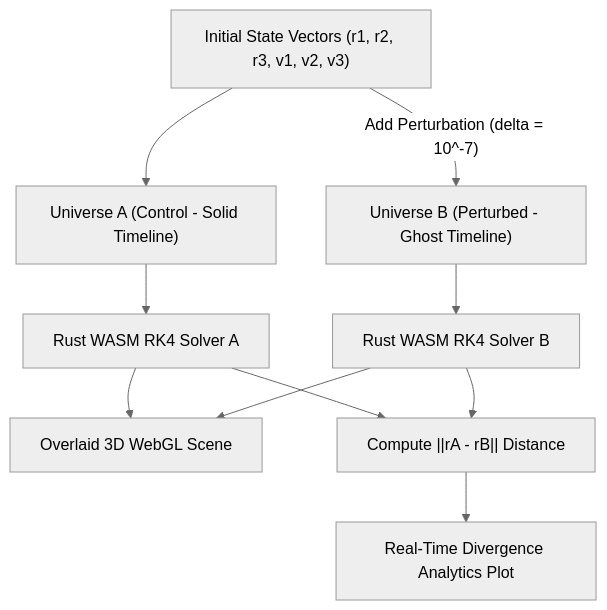
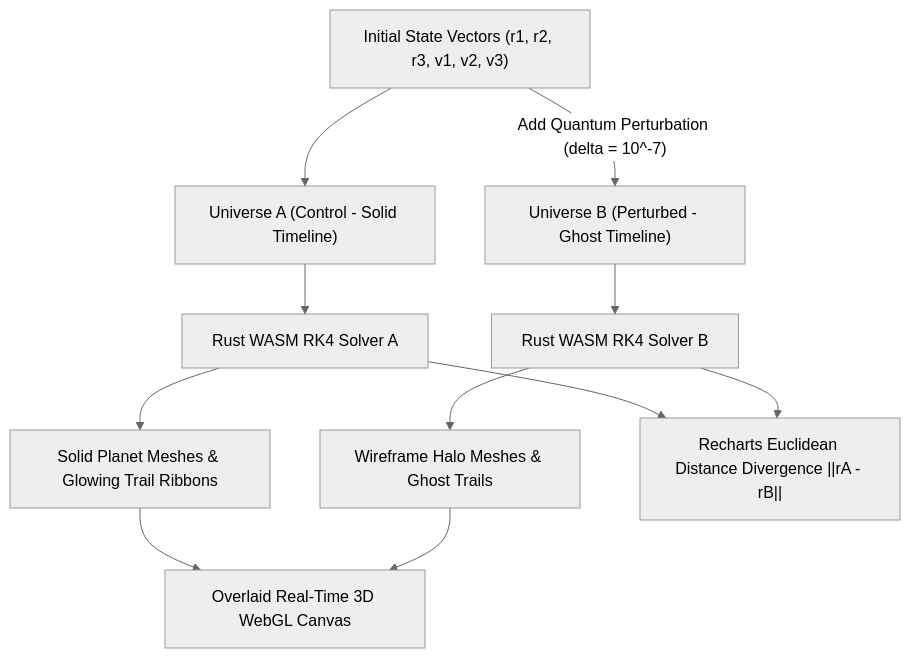
The second of 3 diagrams in README.md (Pranjalya/AstraChaos-3D), drawn with Mermaid (neutral theme) before and after one commit. The commit also changed other lines of this file, not shown here.

Commit message:
docs: update README with technical architecture, ML inverse optimization formulas, and MCP tool suite

````diff
--- a/README.md
+++ b/README.md
@@ -256,12 +168,16 @@
 ```mermaid
 graph TD
     IC["Initial State Vectors (r1, r2, r3, v1, v2, v3)"] --> UA["Universe A (Control - Solid Timeline)"]
-    IC -->|"Add Perturbation (delta = 10^-7)"| UB["Universe B (Perturbed - Ghost Timeline)"]
+    IC -->|"Add Quantum Perturbation (delta = 10^-7)"| UB["Universe B (Perturbed - Ghost Timeline)"]
+    
     UA --> RK4A["Rust WASM RK4 Solver A"]
     UB --> RK4B["Rust WASM RK4 Solver B"]
-    RK4A --> Scene3D["Overlaid 3D WebGL Scene"]
-    RK4B --> Scene3D
-    RK4A --> Div["Compute ||rA - rB|| Distance"]
-    RK4B --> Div
-    Div --> Chart["Real-Time Divergence Analytics Plot"]
+
+    RK4A --> RenderA["Solid Planet Meshes & Glowing Trail Ribbons"]
+    RK4B --> RenderB["Wireframe Halo Meshes & Ghost Trails"]
+
+    RenderA --> Viewport["Overlaid Real-Time 3D WebGL Canvas"]
+    RenderB --> Viewport
+
+    RK4A & RK4B --> Analytics["Recharts Euclidean Distance Divergence ||rA - rB||"]
 ```
````
